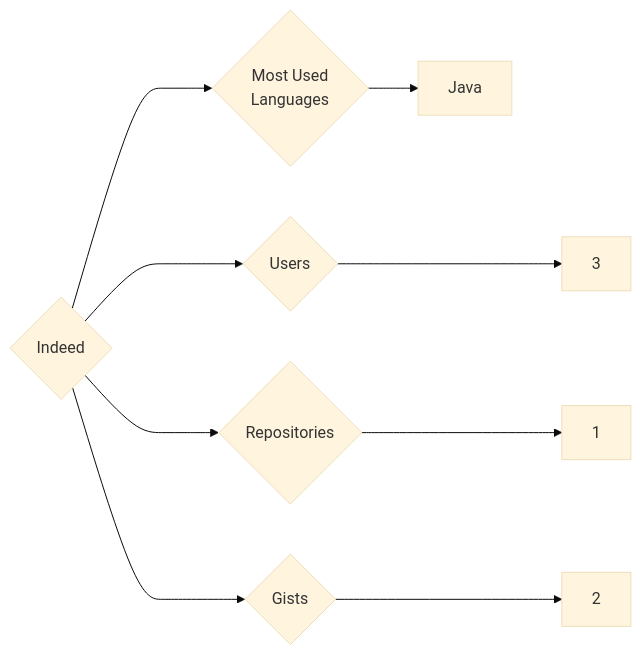
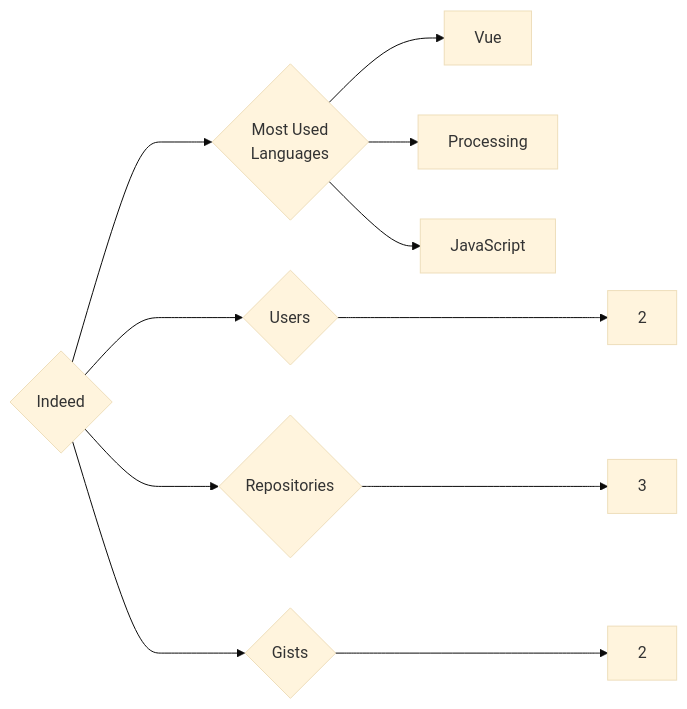
The diagram in targets/Indeed/README.md (trickest/insiders), drawn with Mermaid (base theme) before and after one commit. The commit also changed 861 other files, not shown here.

````diff
--- a/targets/Indeed/README.md
+++ b/targets/Indeed/README.md
@@ -3,9 +3,11 @@
 ```mermaid
 graph LR
 COMPANY_NAME{Indeed}
-COMPANY_NAME ---> U{Users} ---> UN[3]
-COMPANY_NAME ---> R{Repositories} ---> RN[1]
+COMPANY_NAME ---> U{Users} ---> UN[2]
+COMPANY_NAME ---> R{Repositories} ---> RN[3]
 COMPANY_NAME ---> G{Gists} ---> GN[2]
 COMPANY_NAME ---> ML{Most Used<br>Languages}
-ML --> Java[Java]
+ML --> Vue[Vue]
+ML --> Processing[Processing]
+ML --> JavaScript[JavaScript]
 ```
````
